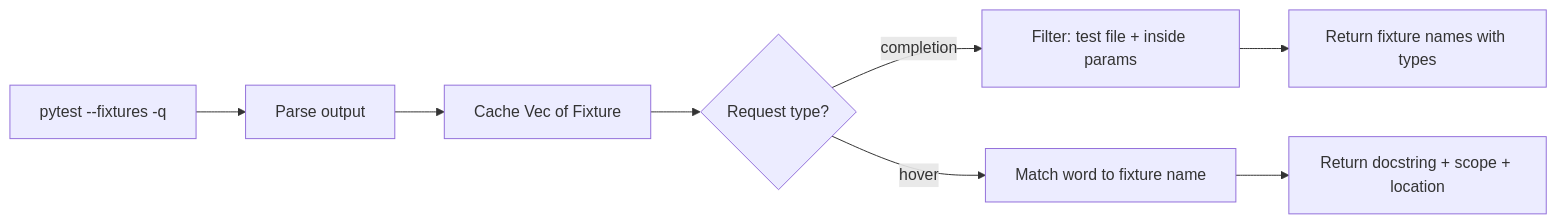
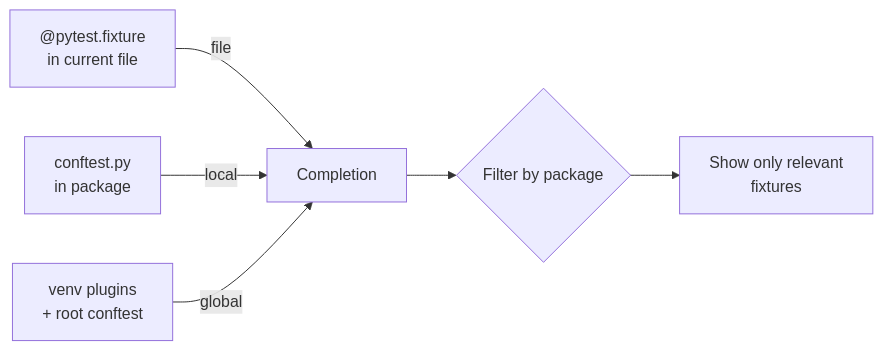
The second of 2 diagrams in README.md (kornicameister/pytest-fixtures-lsp), drawn with Mermaid before and after one commit. The commit also changed other lines of this file, not shown here.

Commit message:
docs: comprehensive README with architecture, all features, setup guide

````diff
--- a/README.md
+++ b/README.md
@@ -41,10 +51,8 @@
 ```mermaid
 flowchart LR
-    A[pytest --fixtures -q] --> B[Parse output]
-    B --> C[Cache Vec of Fixture]
-    C --> D{Request type?}
-    D -->|completion| E[Filter: test file + inside params]
-    D -->|hover| F[Match word to fixture name]
-    E --> G[Return fixture names with types]
-    F --> H[Return docstring + scope + location]
+    A["@pytest.fixture<br/>in current file"] -->|file| D[Completion]
+    B["conftest.py<br/>in package"] -->|local| D
+    C["venv plugins<br/>+ root conftest"] -->|global| D
+    D --> E{Filter by package}
+    E --> F["Show only relevant<br/>fixtures"]
 ```
````
